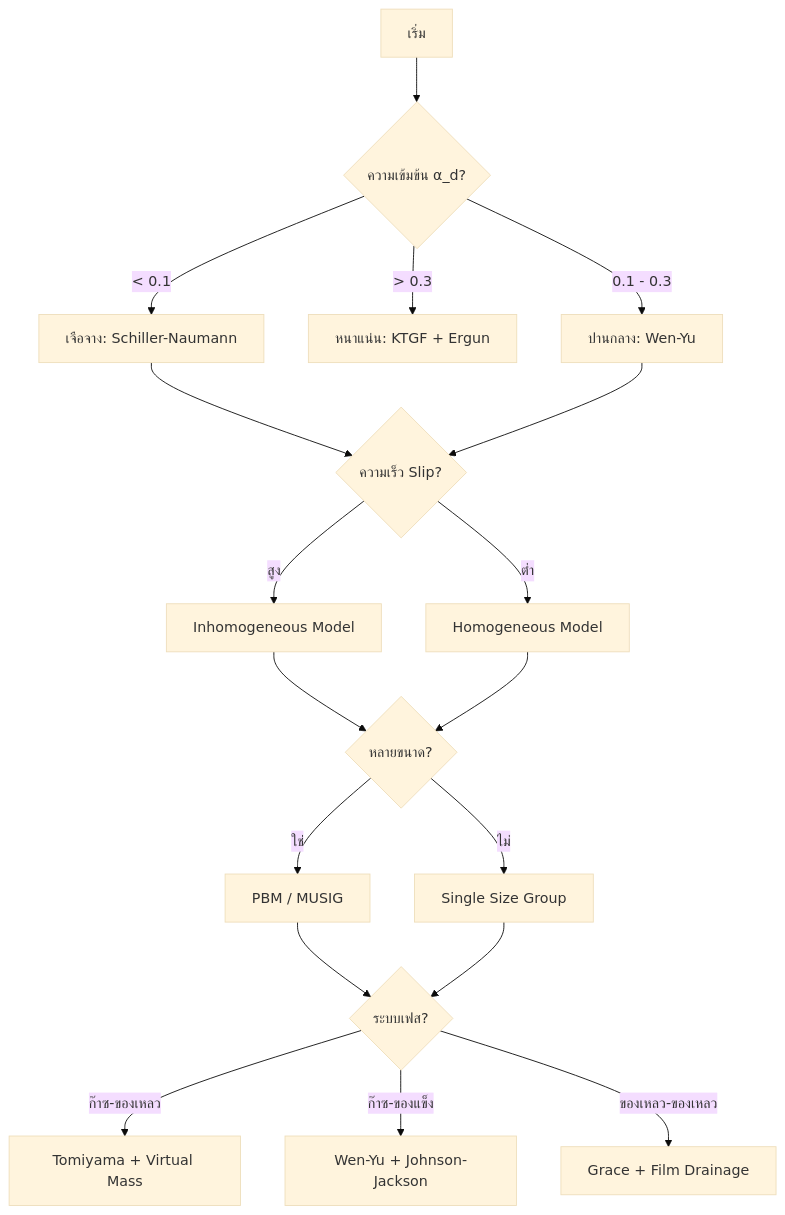
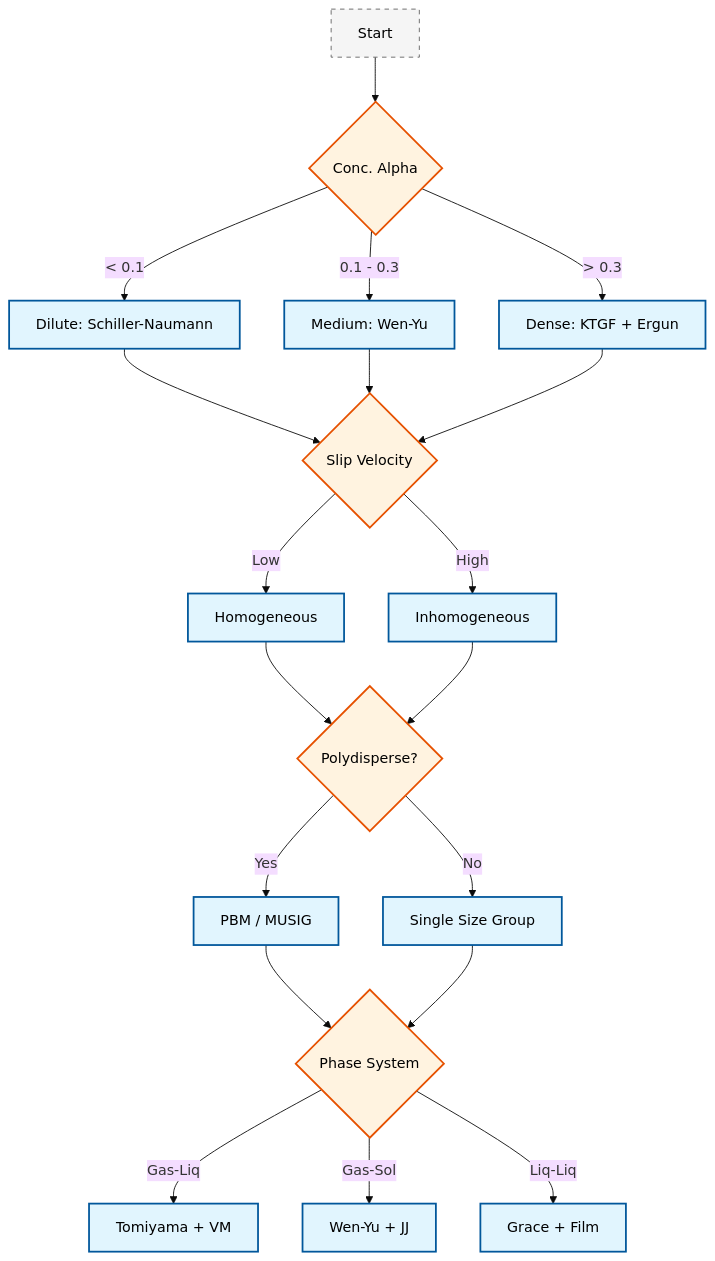
One commit to wramet/build-my-cfd changed the diagram in MODULE_04_MULTIPHASE_FUNDAMENTALS/CONTENT/08_MODEL_SELECTION/00_Overview.md. Above: the diagram before and after it, drawn with Mermaid (base theme). The commit also changed 313 other files, not shown here.

Commit message:
Revise all diagram

````diff
--- a/MODULE_04_MULTIPHASE_FUNDAMENTALS/CONTENT/08_MODEL_SELECTION/00_Overview.md
+++ b/MODULE_04_MULTIPHASE_FUNDAMENTALS/CONTENT/08_MODEL_SELECTION/00_Overview.md
@@ -275,20 +275,21 @@
 ```mermaid
 flowchart TD
-    A[เริ่ม] --> B{ความเข้มข้น α_d?}
-    B -->|&lt; 0.1| C[เจือจาง: Schiller-Naumann]
-    B -->|&gt; 0.3| D[หนาแน่น: KTGF + Ergun]
-    B -->|0.1 - 0.3| E[ปานกลาง: Wen-Yu]
-    C --> F{ความเร็ว Slip?}
-    E --> F
-    F -->|ต่ำ| G[Homogeneous Model]
-    F -->|สูง| H[Inhomogeneous Model]
-    H --> I{หลายขนาด?}
-    G --> I
-    I -->|ใช่| J[PBM / MUSIG]
-    I -->|ไม่| K[Single Size Group]
-    J --> L{ระบบเฟส?}
-    K --> L
-    L -->|ก๊าซ-ของเหลว| M[Tomiyama + Virtual Mass]
-    L -->|ก๊าซ-ของแข็ง| N[Wen-Yu + Johnson-Jackson]
-    L -->|ของเหลว-ของเหลว| O[Grace + Film Drainage]
+classDef implicit fill:#e1f5fe,stroke:#01579b,stroke-width:2px,color:#000
+classDef explicit fill:#fff3e0,stroke:#e65100,stroke-width:2px,color:#000
+classDef context fill:#f5f5f5,stroke:#616161,stroke-width:1px,color:#000,stroke-dasharray: 5 5
+A[Start]:::context --> B{Conc. Alpha}:::explicit
+B -->|< 0.1| C[Dilute: Schiller-Naumann]:::implicit
+B -->|> 0.3| D[Dense: KTGF + Ergun]:::implicit
+B -->|0.1 - 0.3| E[Medium: Wen-Yu]:::implicit
+C & E --> F{Slip Velocity}:::explicit
+D --> F
+F -->|Low| G[Homogeneous]:::implicit
+F -->|High| H[Inhomogeneous]:::implicit
+G & H --> I{Polydisperse?}:::explicit
+I -->|Yes| J[PBM / MUSIG]:::implicit
+I -->|No| K[Single Size Group]:::implicit
+J & K --> L{Phase System}:::explicit
+L -->|Gas-Liq| M[Tomiyama + VM]:::implicit
+L -->|Gas-Sol| N[Wen-Yu + JJ]:::implicit
+L -->|Liq-Liq| O[Grace + Film]:::implicit
 ```
````
